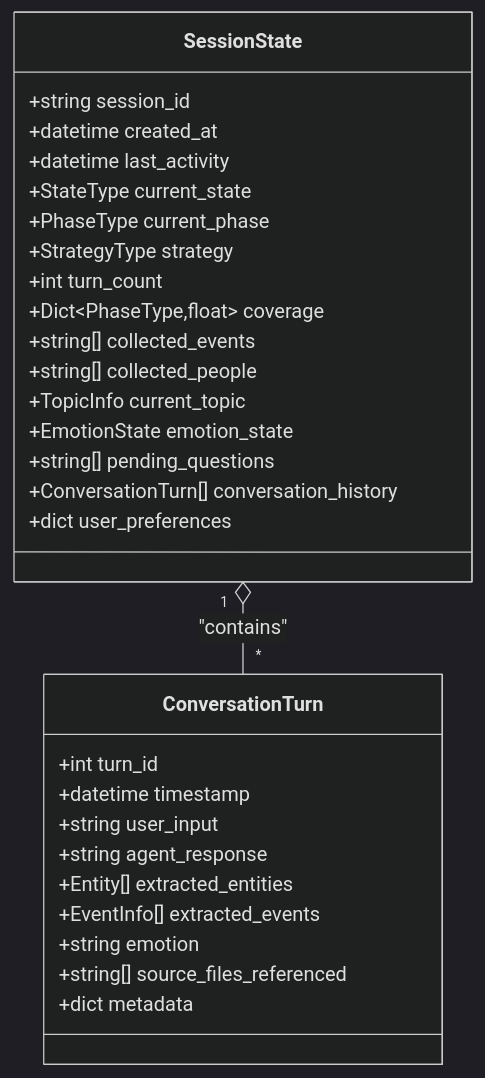
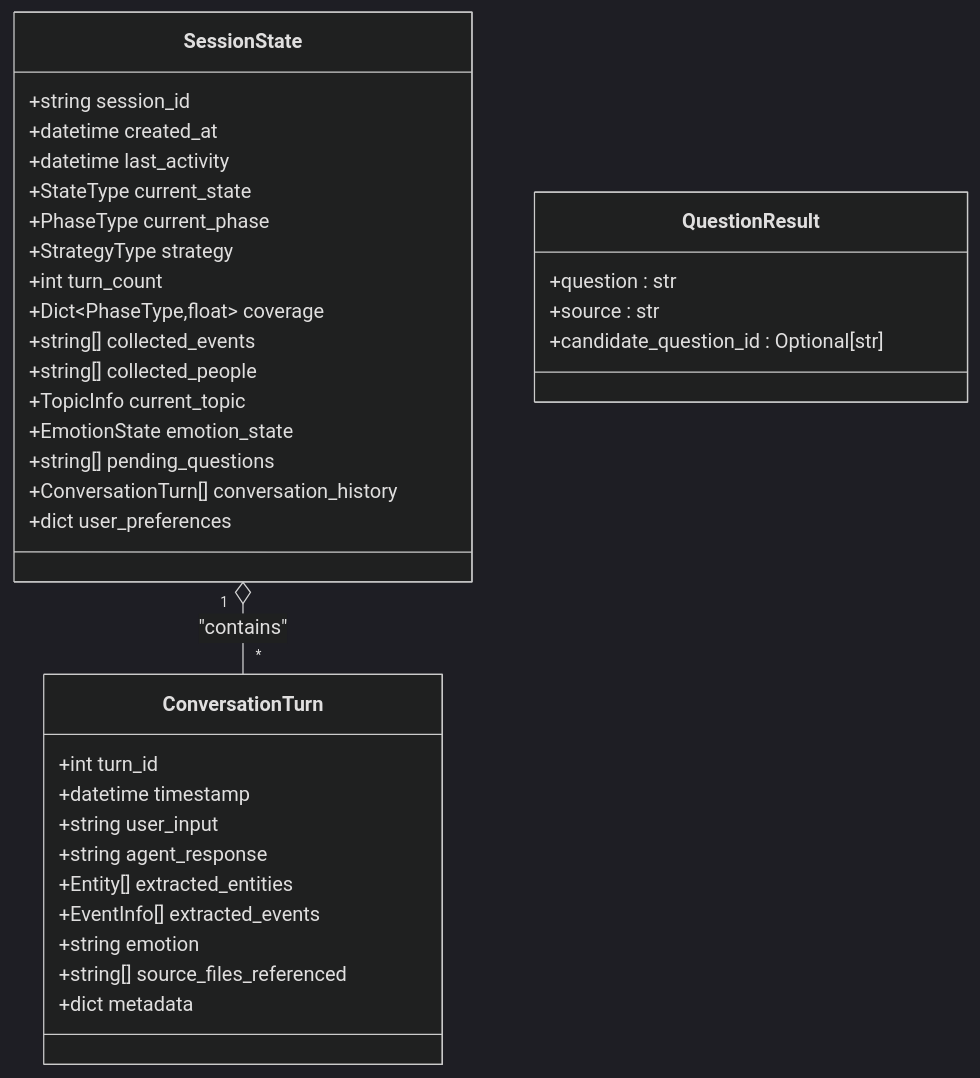
Before and after one commit to WangYiKai1017/zizuan: the eighth of 9 diagrams in .qoder/repowiki/en/content/AI Services/Question Generator.md, drawn with Mermaid (dark theme). The commit also changed other lines of this file and 31 other files, not shown here.

````diff
--- a/.qoder/repowiki/en/content/AI Services/Question Generator.md
+++ b/.qoder/repowiki/en/content/AI Services/Question Generator.md
@@ -361,32 +456,37 @@
 ```mermaid
 classDiagram
 class ConversationTurn {
 +int turn_id
 +datetime timestamp
 +string user_input
 +string agent_response
 +Entity[] extracted_entities
 +EventInfo[] extracted_events
 +string emotion
 +string[] source_files_referenced
 +dict metadata
 }
 class SessionState {
 +string session_id
 +datetime created_at
 +datetime last_activity
 +StateType current_state
 +PhaseType current_phase
 +StrategyType strategy
 +int turn_count
 +Dict~PhaseType,float~ coverage
 +string[] collected_events
 +string[] collected_people
 +TopicInfo current_topic
 +EmotionState emotion_state
 +string[] pending_questions
 +ConversationTurn[] conversation_history
 +dict user_preferences
 }
+class QuestionResult {
++question : str
++source : str
++candidate_question_id : Optional[str]
+}
 SessionState "1" o-- "*" ConversationTurn : "contains"
 ```
````
